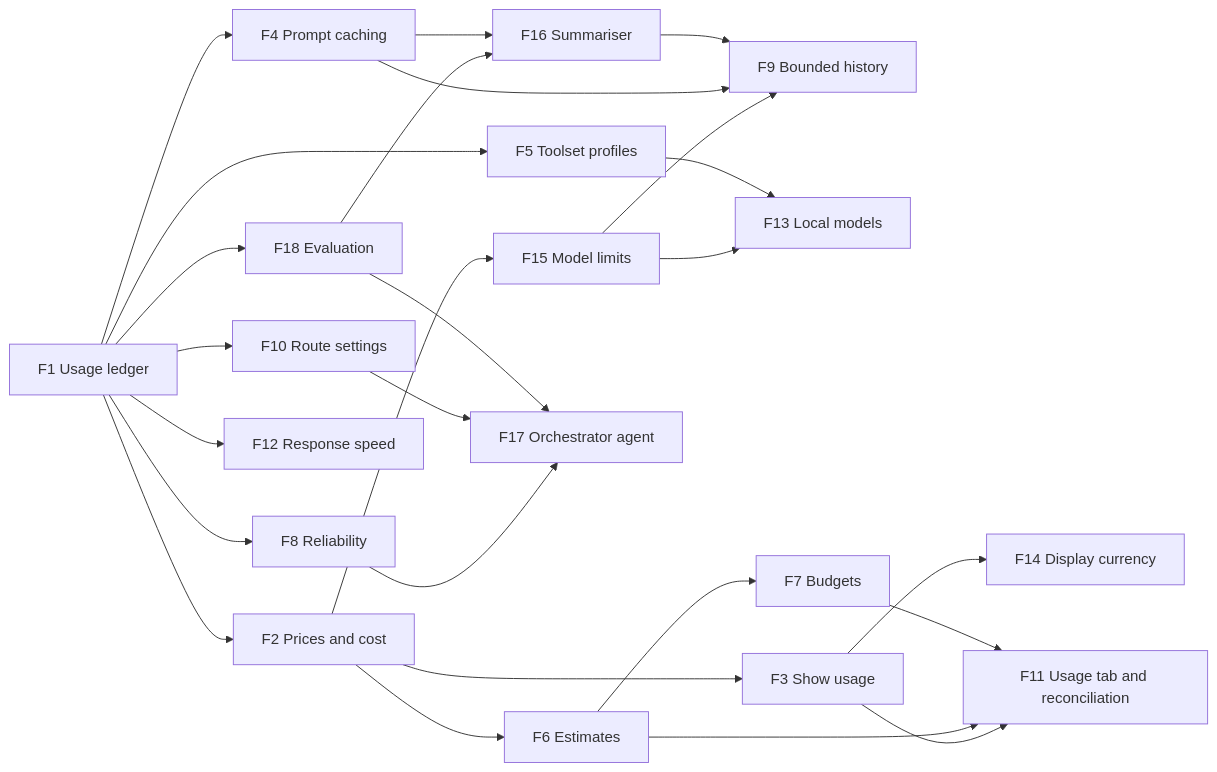
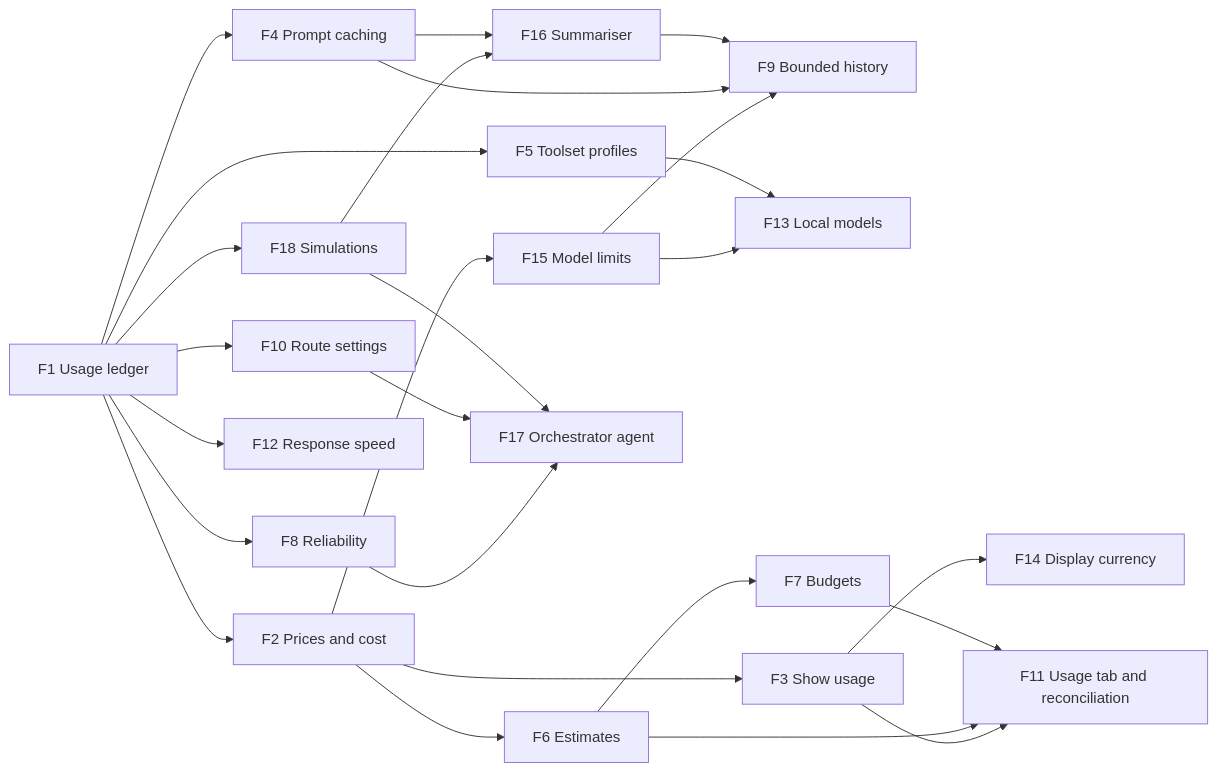
Before and after one commit to bosbevk/louis-agent: the diagram in docs/features/README.md, drawn with Mermaid. The commit also changed other lines of this file and 1 other file, not shown here.

Commit message:
docs(f18): step 0 - F18 as Simulations in C#, in the field's words
The feature doc now describes the harness of ADR 0029 (tasks and trials,
transcripts and outcomes, graders, pass@k and pass^k, modes) and points to
the plan's steps. The features table and graph carry the new name. The
package pin (Microsoft.Extensions.AI.Evaluation 10.10.0) is recorded in the
plan and stays for step 4e and 6.

````diff
--- a/docs/features/README.md
+++ b/docs/features/README.md
@@ -65,28 +65,28 @@
 ```mermaid
 flowchart LR
     F1[F1 Usage ledger] --> F2[F2 Prices and cost]
     F2 --> F15[F15 Model limits]
     F15 --> F9
     F15 --> F13
     F1 --> F4[F4 Prompt caching]
     F1 --> F5[F5 Toolset profiles]
     F1 --> F8[F8 Reliability]
     F1 --> F10[F10 Route settings]
     F2 --> F3[F3 Show usage]
     F2 --> F6[F6 Estimates]
     F6 --> F7[F7 Budgets]
     F4 --> F9[F9 Bounded history]
     F3 --> F11[F11 Usage tab and reconciliation]
     F6 --> F11
     F7 --> F11
     F1 --> F12[F12 Response speed]
     F5 --> F13[F13 Local models]
     F3 --> F14[F14 Display currency]
-    F1 --> F18[F18 Evaluation]
+    F1 --> F18[F18 Simulations]
     F18 --> F16[F16 Summariser]
     F4 --> F16
     F16 --> F9
     F8 --> F17[F17 Orchestrator agent]
     F10 --> F17
     F18 --> F17
 ```
````
